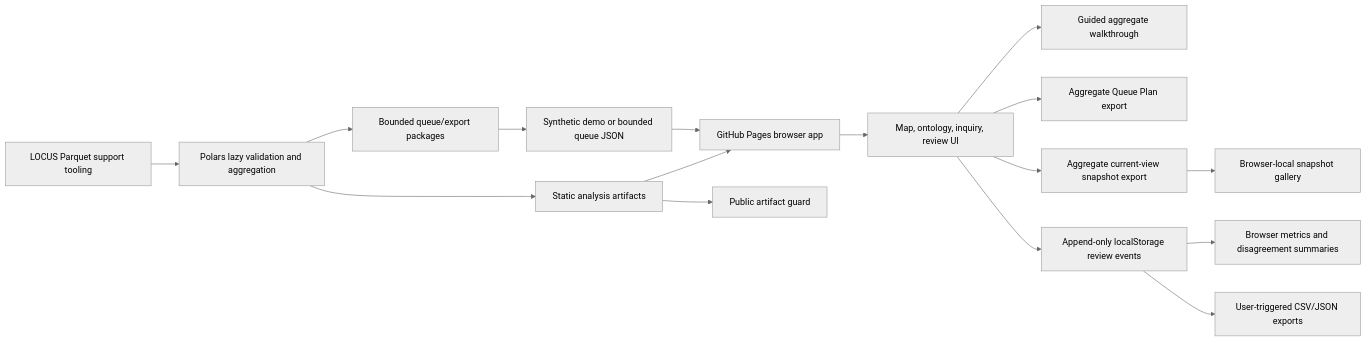
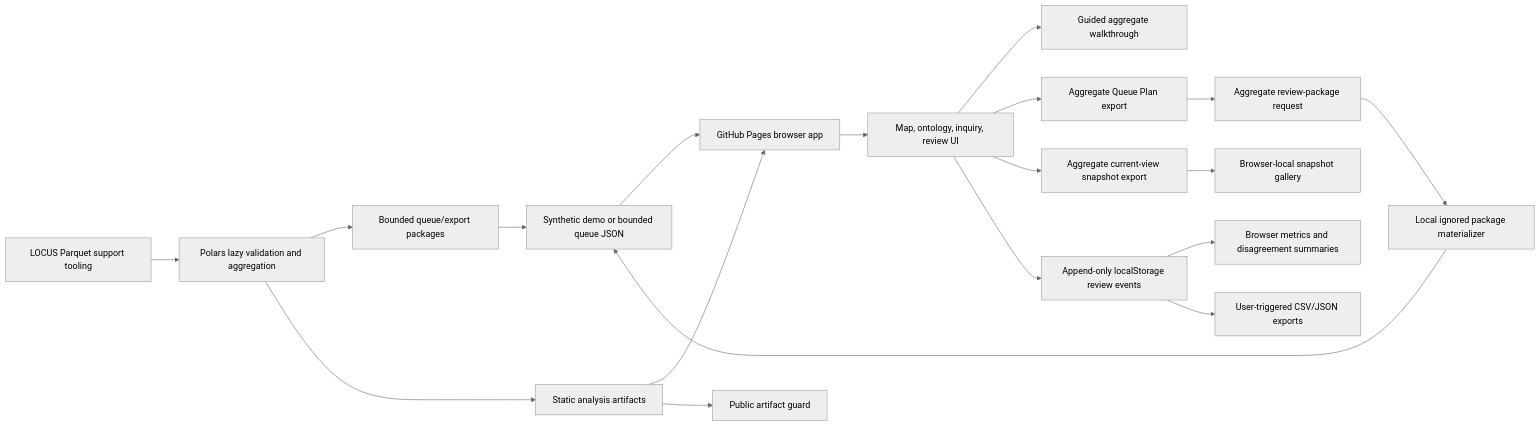
Before and after one commit to evcatalyst/evolocus: the diagram in docs/architecture.md, drawn with Mermaid (neutral theme). The commit also changed other lines of this file and 15 other files, not shown here.

Commit message:
feat: add aggregate review package handoff

````diff
--- a/docs/architecture.md
+++ b/docs/architecture.md
@@ -7,18 +7,21 @@
 ```mermaid
 flowchart LR
   A["Synthetic demo or bounded queue JSON"] --> B["GitHub Pages browser app"]
   C["Static analysis artifacts"] --> B
   B --> D["Map, ontology, inquiry, review UI"]
   D --> W["Guided aggregate walkthrough"]
   D --> Q["Aggregate Queue Plan export"]
+  Q --> R["Aggregate review-package request"]
+  R --> S["Local ignored package materializer"]
+  S --> A
   D --> X["Aggregate current-view snapshot export"]
   X --> Y["Browser-local snapshot gallery"]
   D --> E["Append-only localStorage review events"]
   E --> F["Browser metrics and disagreement summaries"]
   E --> G["User-triggered CSV/JSON exports"]
   H["LOCUS Parquet support tooling"] --> I["Polars lazy validation and aggregation"]
   I --> J["Bounded queue/export packages"]
   I --> C
   C --> V["Public artifact guard"]
   J --> A
 ```
````
